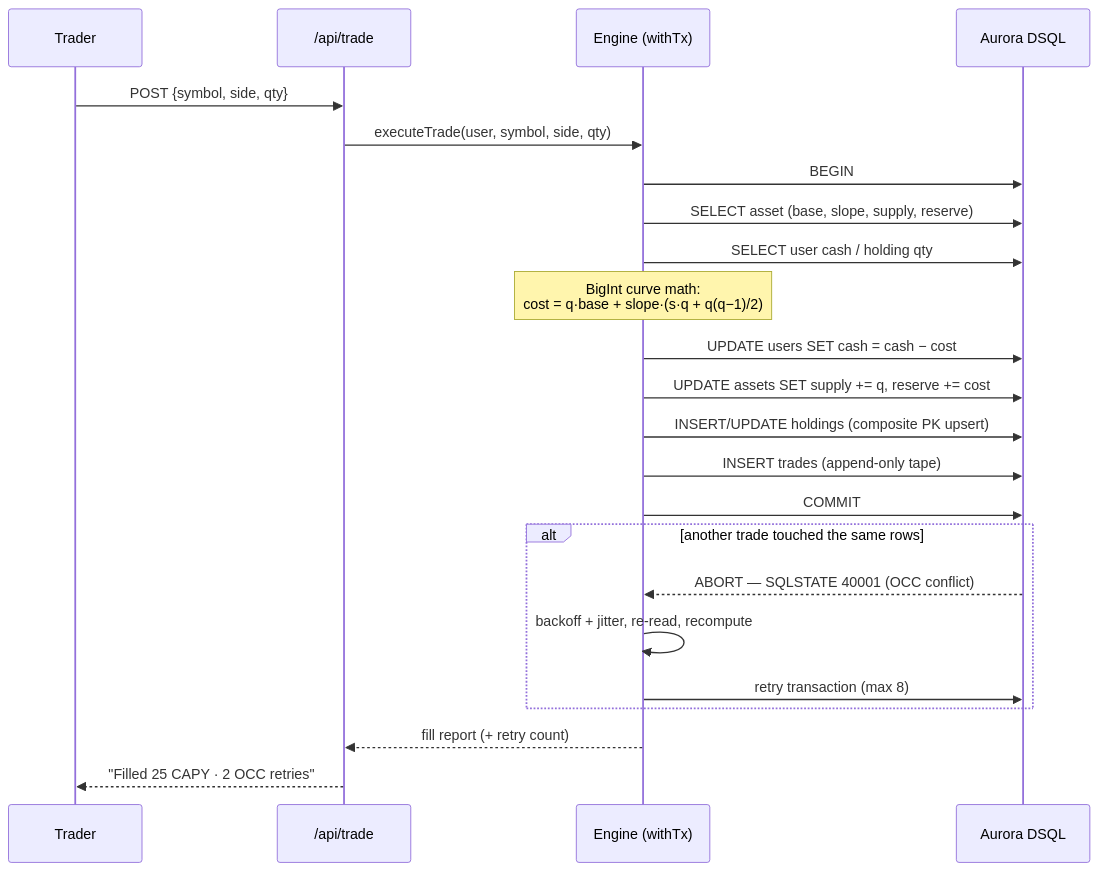
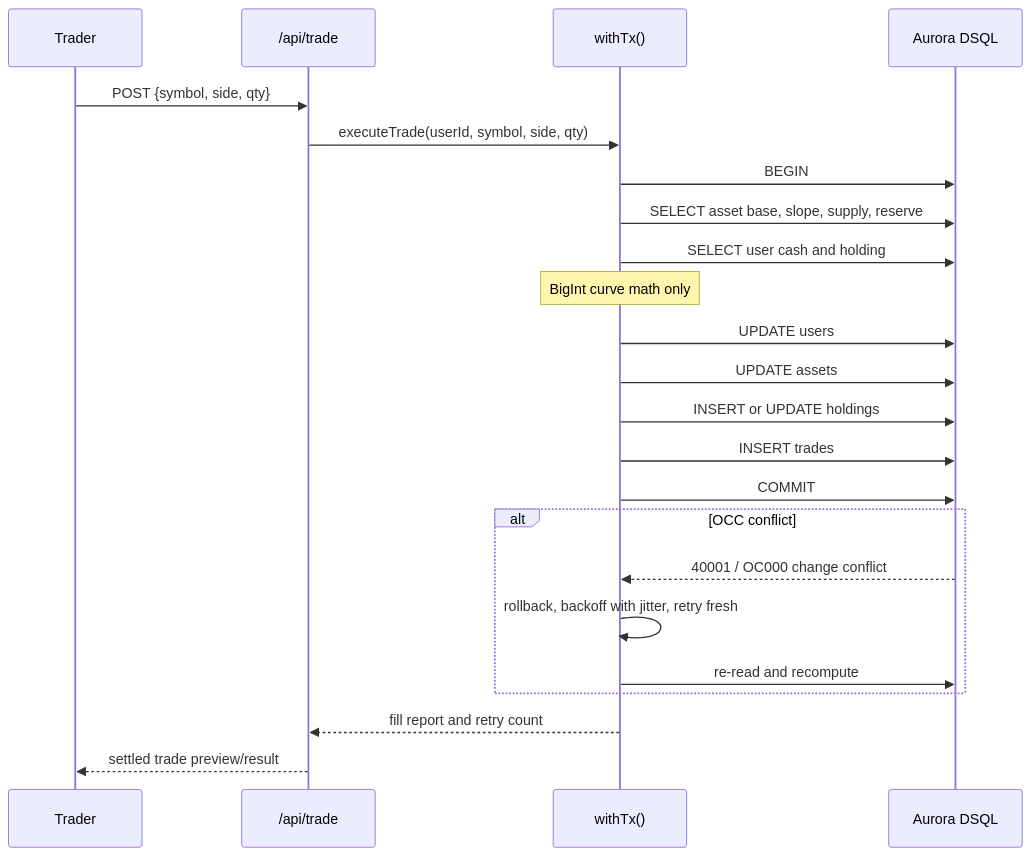
The second of 3 diagrams in docs/architecture.md (jpablortiz96/HYPE), drawn with Mermaid before and after one commit. The commit also changed other lines of this file and 13 other files, not shown here.

````diff
--- a/docs/architecture.md
+++ b/docs/architecture.md
@@ -39,26 +80,26 @@
 ```mermaid
 sequenceDiagram
-  participant U as Trader
+  participant User as Trader
   participant API as /api/trade
-  participant E as Engine (withTx)
-  participant D as Aurora DSQL
+  participant Tx as withTx()
+  participant DB as Aurora DSQL
 
-  U->>API: POST {symbol, side, qty}
-  API->>E: executeTrade(user, symbol, side, qty)
-  E->>D: BEGIN
-  E->>D: SELECT asset (base, slope, supply, reserve)
-  E->>D: SELECT user cash / holding qty
-  Note over E: BigInt curve math:<br/>cost = q·base + slope·(s·q + q(q−1)/2)
-  E->>D: UPDATE users SET cash = cash − cost
-  E->>D: UPDATE assets SET supply += q, reserve += cost
-  E->>D: INSERT/UPDATE holdings (composite PK upsert)
-  E->>D: INSERT trades (append-only tape)
-  E->>D: COMMIT
-  alt another trade touched the same rows
-    D-->>E: ABORT — SQLSTATE 40001 (OCC conflict)
-    E->>E: backoff + jitter, re-read, recompute
-    E->>D: retry transaction (max 8)
+  User->>API: POST {symbol, side, qty}
+  API->>Tx: executeTrade(userId, symbol, side, qty)
+  Tx->>DB: BEGIN
+  Tx->>DB: SELECT asset base, slope, supply, reserve
+  Tx->>DB: SELECT user cash and holding
+  Note over Tx: BigInt curve math only
+  Tx->>DB: UPDATE users
+  Tx->>DB: UPDATE assets
+  Tx->>DB: INSERT or UPDATE holdings
+  Tx->>DB: INSERT trades
+  Tx->>DB: COMMIT
+  alt OCC conflict
+    DB-->>Tx: 40001 / OC000 change conflict
+    Tx->>Tx: rollback, backoff with jitter, retry fresh
+    Tx->>DB: re-read and recompute
   end
-  E-->>API: fill report (+ retry count)
-  API-->>U: "Filled 25 CAPY · 2 OCC retries"
+  Tx-->>API: fill report and retry count
+  API-->>User: settled trade preview/result
 ```
````
